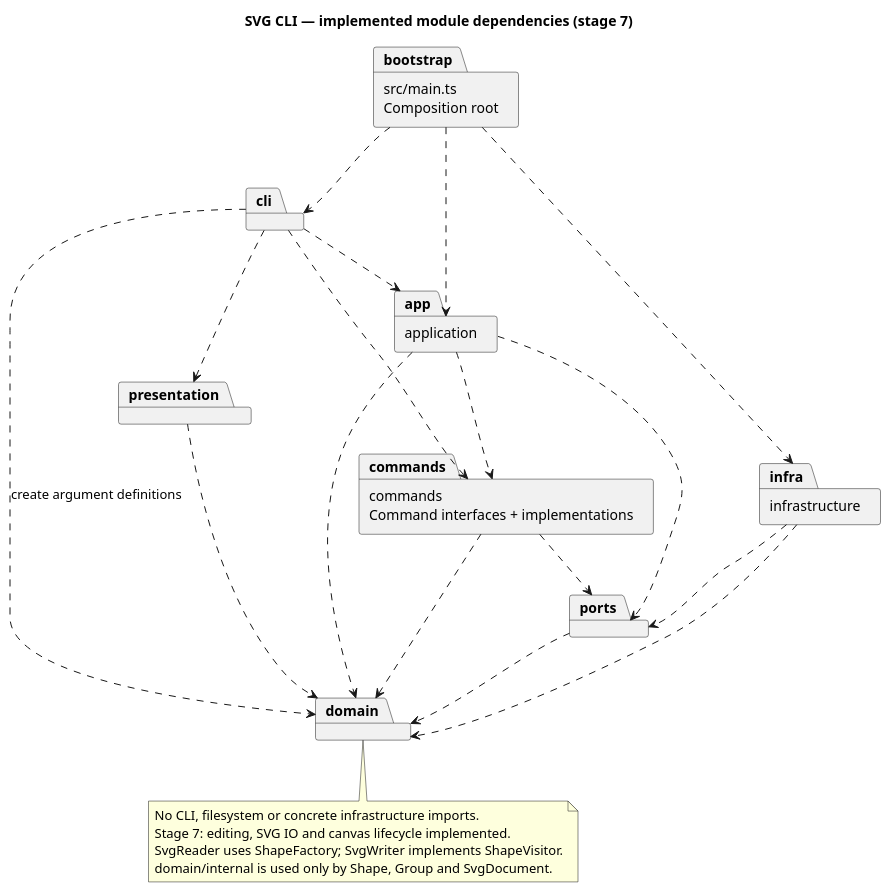
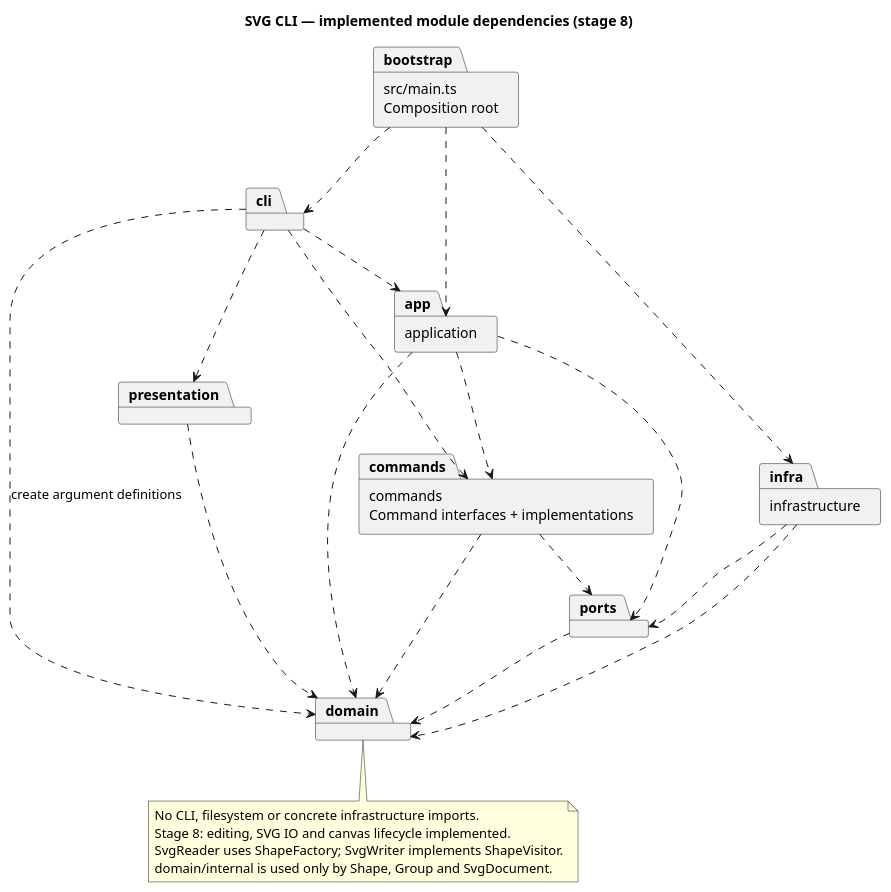
One commit to Liusizhuozhuo/svg-editor-lab1 changed the diagram in doc/architecture.puml. Above: the diagram before and after it, drawn with PlantUML. The commit also changed 9 other files, not shown here.

```diff
--- a/doc/architecture.puml
+++ b/doc/architecture.puml
@@ -1,35 +1,35 @@
 @startuml
-title SVG CLI — implemented module dependencies (stage 7)
+title SVG CLI — implemented module dependencies (stage 8)
 skinparam componentStyle rectangle
 package "src/main.ts\nComposition root" as bootstrap
 package "cli" as cli
 package "application" as app
 package "commands\nCommand interfaces + implementations" as commands
 package "domain" as domain
 package "ports" as ports
 package "infrastructure" as infra
 package "presentation" as presentation
 
 bootstrap ..> cli
 bootstrap ..> app
 bootstrap ..> infra
 cli ..> app
 cli ..> commands
 cli ..> presentation
 cli ..> domain : create argument definitions
 app ..> commands
 app ..> domain
 app ..> ports
 commands ..> domain
 commands ..> ports
 presentation ..> domain
 infra ..> ports
 infra ..> domain
 ports ..> domain
 note bottom of domain
 No CLI, filesystem or concrete infrastructure imports.
-Stage 7: editing, SVG IO and canvas lifecycle implemented.
+Stage 8: editing, SVG IO and canvas lifecycle implemented.
 SvgReader uses ShapeFactory; SvgWriter implements ShapeVisitor.
 domain/internal is used only by Shape, Group and SvgDocument.
 end note
 @enduml
```
